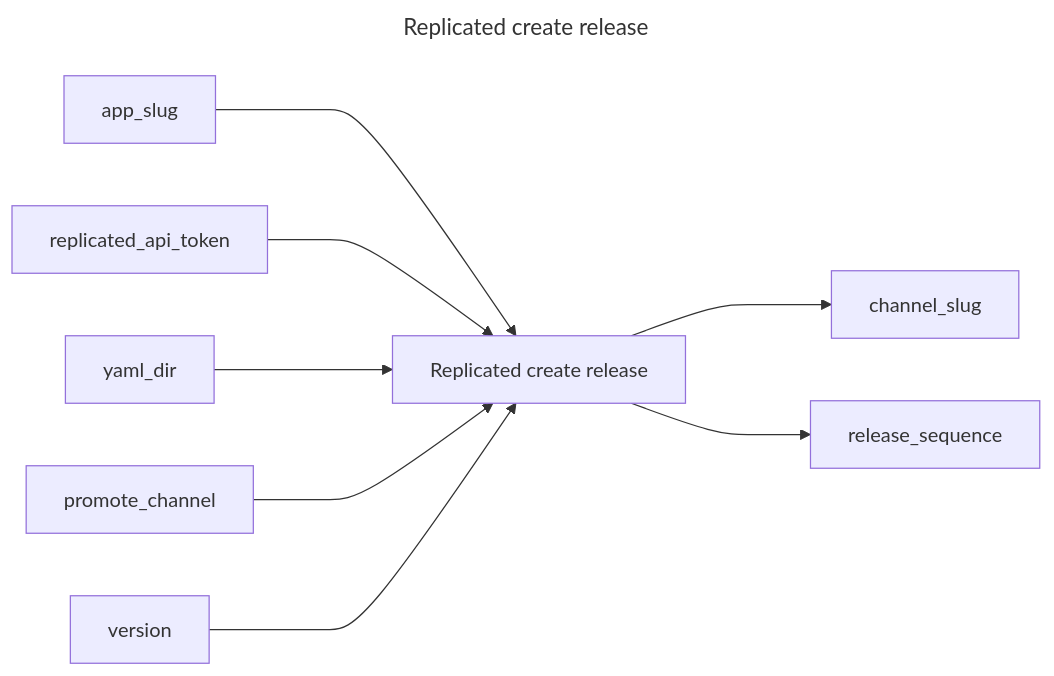
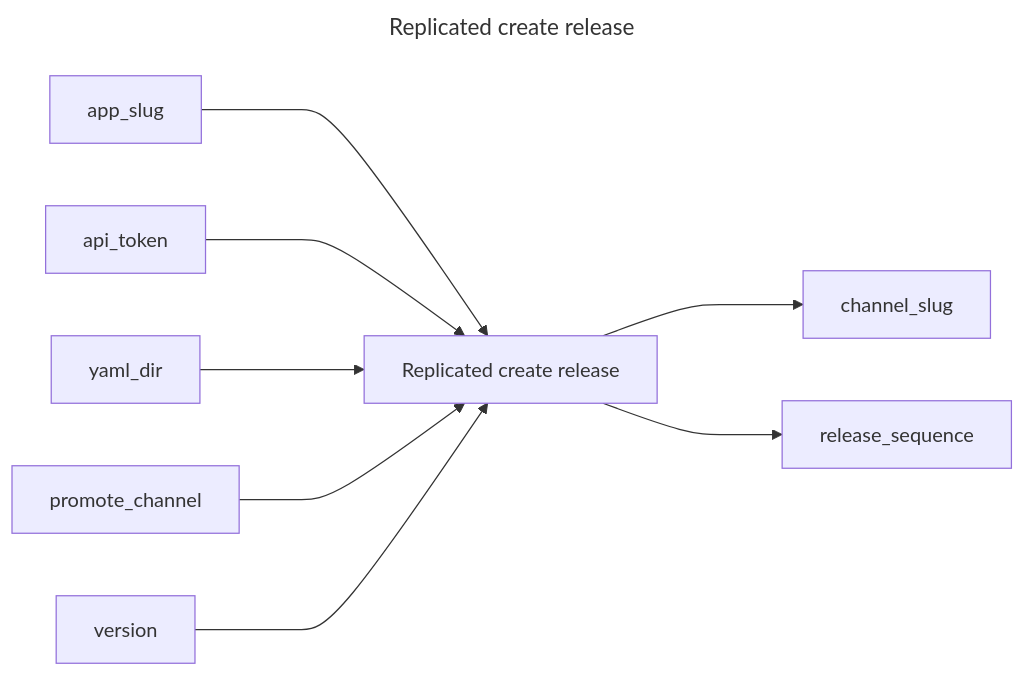
The diagram in create-release/README.md (replicatedhq/replicated-actions), drawn with Mermaid before and after one commit. The commit also changed other lines of this file and 40 other files, not shown here.

Commit message:
Renaming replicated-api-token to api-token

````diff
--- a/create-release/README.md
+++ b/create-release/README.md
@@ -3,14 +3,14 @@
 ```mermaid
 ---
 title: Replicated create release
 ---
 graph LR
 replicated_create_release["Replicated create release"]
 app_slug ---> replicated_create_release
-replicated_api_token ---> replicated_create_release
+api_token ---> replicated_create_release
 yaml_dir ---> replicated_create_release
 promote_channel ---> replicated_create_release
 version ---> replicated_create_release
 replicated_create_release ---> channel_slug
 replicated_create_release ---> release_sequence
 ```
````
